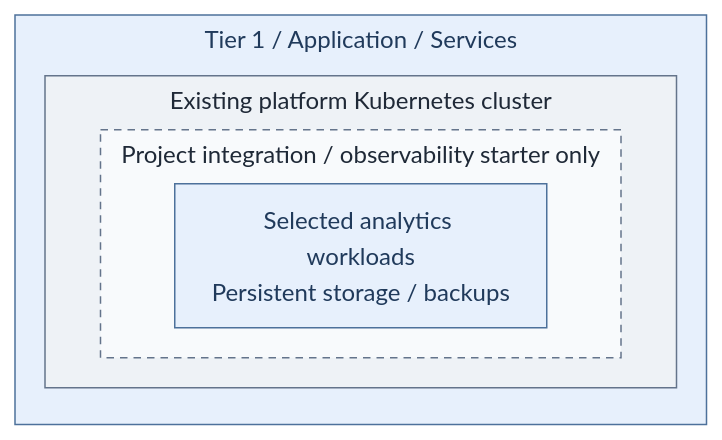
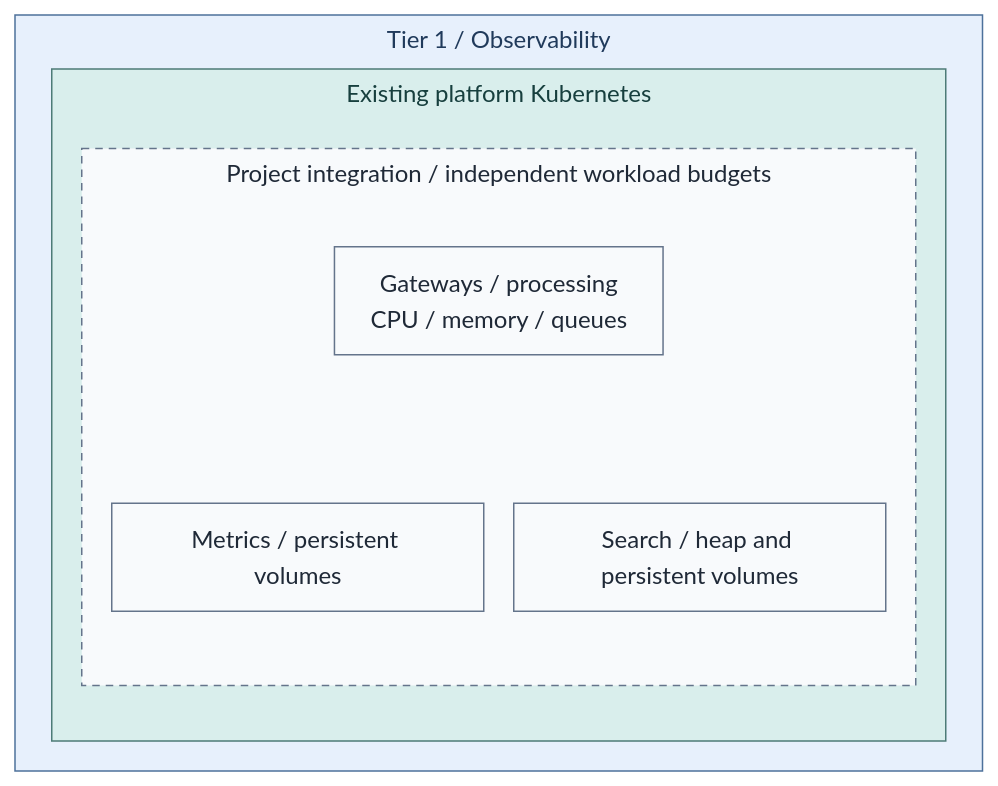
One commit to Rexus/homelab changed the first of 3 diagrams in docs/deployment/stage-5-delivery/analytics.md. Above: the diagram before and after it, drawn with Mermaid. The commit also changed other lines of this file and 34 other files, not shown here.

Commit message:
refactor(observability): align Kubernetes-first design and examples

````diff
--- a/docs/deployment/stage-5-delivery/analytics.md
+++ b/docs/deployment/stage-5-delivery/analytics.md
@@ -20,18 +28,23 @@
 ```mermaid
 %%{init: {"theme":"base","flowchart":{"nodeSpacing":20,"rankSpacing":24,"padding":12,"subGraphTitleMargin":{"top":4,"bottom":12}},"themeVariables":{"lineColor":"#627581","edgeLabelBackground":"#f8fafc"}}}%%
-flowchart LR
-  subgraph T1["Tier 1 / Application / Services"]
-    subgraph Runtime["Existing platform Kubernetes cluster"]
-      subgraph Project["Project integration / observability starter only"]
-        New["Selected analytics workloads<br/>Persistent storage / backups"]
+flowchart TB
+  subgraph T1["Tier 1 / Observability"]
+    subgraph Cluster["Existing platform Kubernetes"]
+      subgraph Project["Project integration / independent workload budgets"]
+        direction TB
+        Gateways["Gateways / processing<br/>CPU / memory / queues"]
+        Metrics["Metrics / persistent volumes"]
+        Search["Search / heap and persistent volumes"]
+        Gateways ~~~ Metrics
+        Gateways ~~~ Search
       end
     end
   end
   classDef default fill:#f8fafc,stroke:#64748b,color:#1f2937
   classDef services fill:#e7f0fc,stroke:#4d719b,color:#203a5b
-  classDef boundary fill:#eef2f6,stroke:#64748b,color:#1f2937
+  classDef runtime fill:#d9eeec,stroke:#4d7b77,color:#173f3e
   classDef replicas fill:#f8fafc,stroke:#64748b,color:#1f2937,stroke-dasharray:5 4
-  class T1,New services
-  class Runtime boundary
+  class T1 services
+  class Cluster runtime
   class Project replicas
 ```
````
